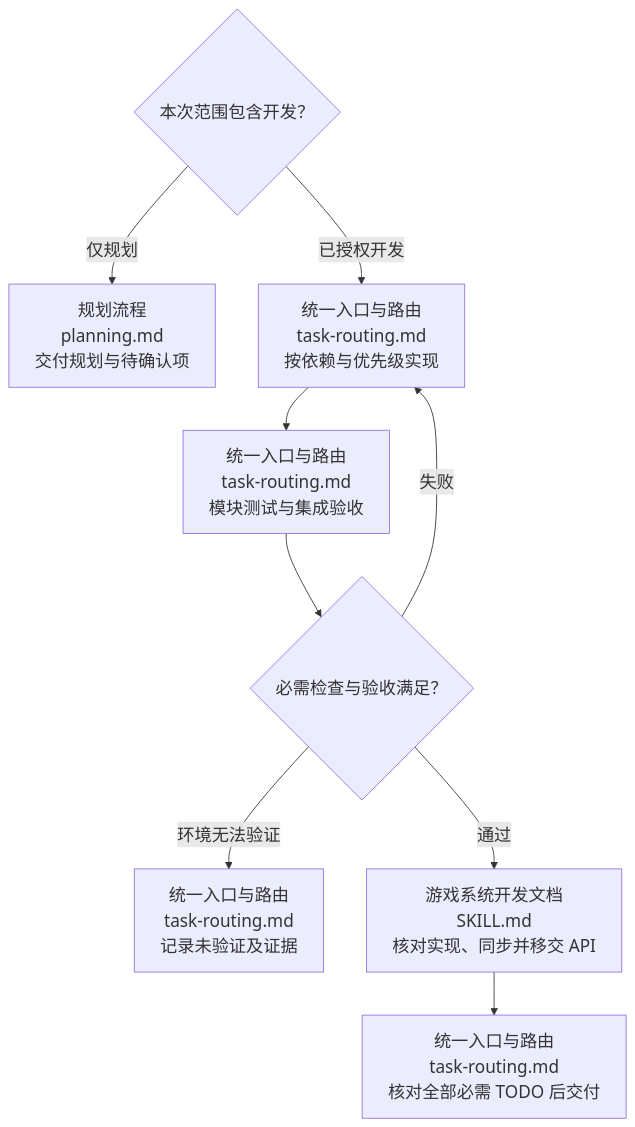
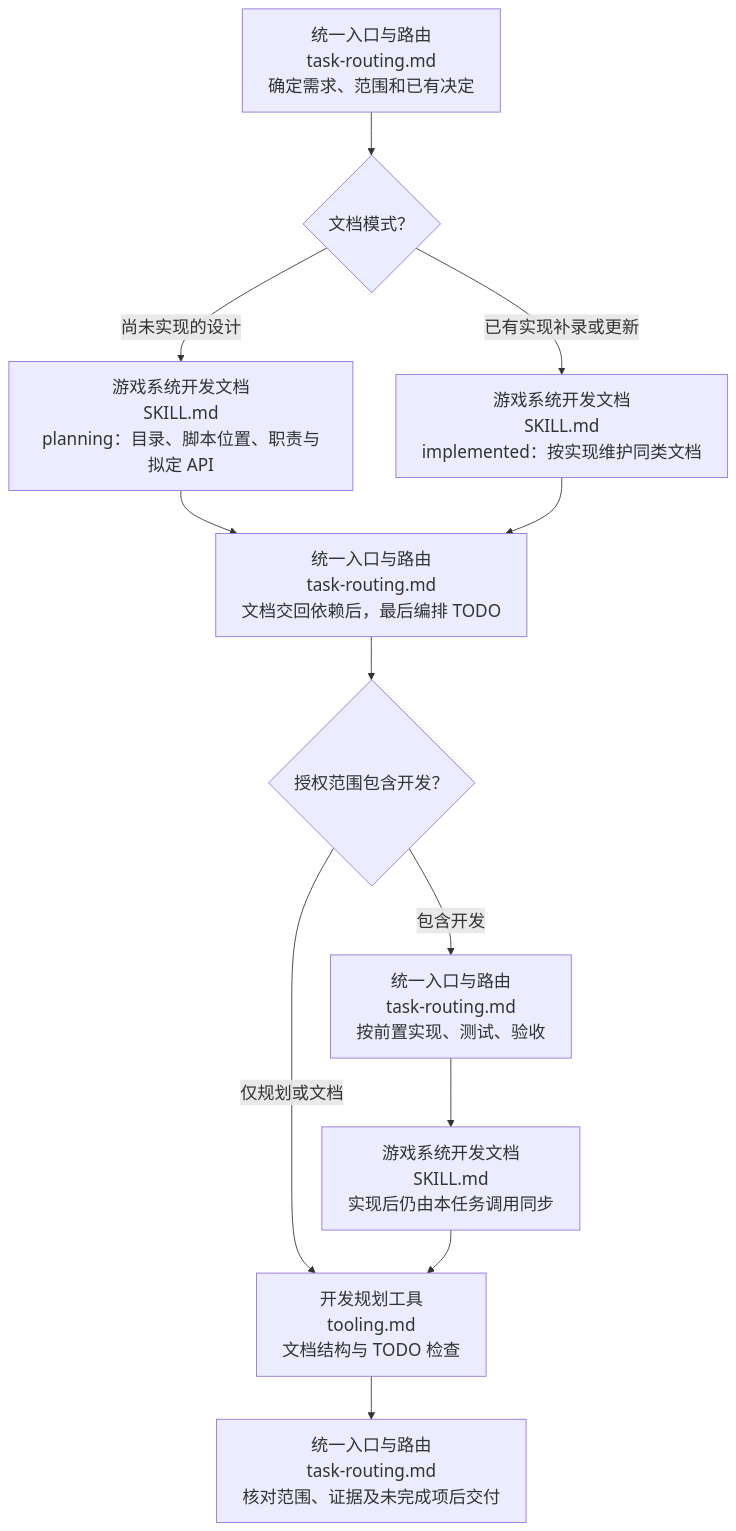
Before and after one commit to 229196637/game-development-skills: the diagram in game-system-development-planning/SKILL.md, drawn with Mermaid. The commit also changed other lines of this file and 58 other files, not shown here.

````diff
--- a/game-system-development-planning/SKILL.md
+++ b/game-system-development-planning/SKILL.md
@@ -92,19 +13,23 @@
 ```mermaid
-%%{init: {"themeVariables": {"fontSize": "20px"}, "flowchart": {"wrappingWidth": 360}}}%%
+%%{init: {"themeVariables": {"fontSize": "20px"}, "flowchart": {"wrappingWidth": 340}}}%%
 flowchart TD
-  Scope{"本次范围包含开发？"}
-  Scope -->|仅规划| Deliver["规划流程<br/>planning.md<br/>交付规划与待确认项"]
-  Scope -->|已授权开发| Work["统一入口与路由<br/>task-routing.md<br/>按依赖与优先级实现"]
-  Work --> Test["统一入口与路由<br/>task-routing.md<br/>模块测试与集成验收"]
-  Test --> Pass{"必需检查与验收满足？"}
-  Pass -->|失败| Work
-  Pass -->|环境无法验证| Pending["统一入口与路由<br/>task-routing.md<br/>记录未验证及证据"]
-  Pass -->|通过| Docs["游戏系统开发文档<br/>SKILL.md<br/>核对实现、同步并移交 API"]
-  Docs --> Done["统一入口与路由<br/>task-routing.md<br/>核对全部必需 TODO 后交付"]
-  click Deliver "references/workflows/planning.md"
+  Task["统一入口与路由<br/>task-routing.md<br/>确定需求、范围和已有决定"] --> Mode{"文档模式？"}
+  Mode -->|尚未实现的设计| Planned["游戏系统开发文档<br/>SKILL.md<br/>planning：目录、脚本位置、职责与拟定 API"]
+  Mode -->|已有实现补录或更新| Actual["游戏系统开发文档<br/>SKILL.md<br/>implemented：按实现维护同类文档"]
+  Planned --> Todo["统一入口与路由<br/>task-routing.md<br/>文档交回依赖后，最后编排 TODO"]
+  Actual --> Todo
+  Todo --> Scope{"授权范围包含开发？"}
+  Scope -->|仅规划或文档| Check["开发规划工具<br/>tooling.md<br/>文档结构与 TODO 检查"]
+  Scope -->|包含开发| Work["统一入口与路由<br/>task-routing.md<br/>按前置实现、测试、验收"]
+  Work --> Sync["游戏系统开发文档<br/>SKILL.md<br/>实现后仍由本任务调用同步"]
+  Sync --> Check
+  Check --> Done["统一入口与路由<br/>task-routing.md<br/>核对范围、证据及未完成项后交付"]
+  click Task "references/workflows/task-routing.md"
+  click Planned "../game-system-development-documentation/SKILL.md"
+  click Actual "../game-system-development-documentation/SKILL.md"
+  click Todo "references/workflows/task-routing.md"
+  click Check "references/tooling.md"
   click Work "references/workflows/task-routing.md"
-  click Test "references/workflows/task-routing.md"
-  click Pending "references/workflows/task-routing.md"
-  click Docs "../game-system-development-documentation/SKILL.md"
+  click Sync "../game-system-development-documentation/SKILL.md"
   click Done "references/workflows/task-routing.md"
 ```
````
